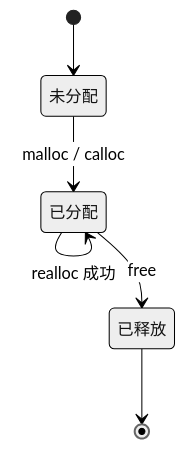
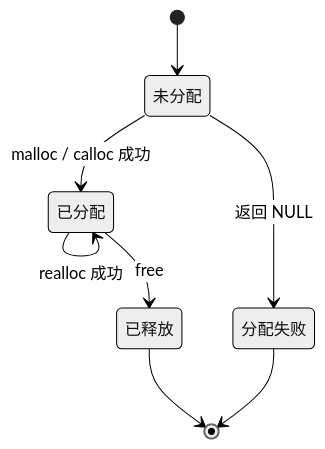
One commit to shanchuann/TheGitbookLibrary changed the diagram in C语言圣经/dynamic-memory.md. Above: the diagram before and after it, drawn with Mermaid (neutral theme). The commit also changed other lines of this file, not shown here.

````diff
--- a/C语言圣经/dynamic-memory.md
+++ b/C语言圣经/dynamic-memory.md
@@ -29,8 +94,10 @@
 ```mermaid
 stateDiagram-v2
     [*] --> 未分配
-    未分配 --> 已分配: malloc / calloc
+    未分配 --> 已分配: malloc / calloc 成功
     已分配 --> 已分配: realloc 成功
     已分配 --> 已释放: free
     已释放 --> [*]
+    未分配 --> 分配失败: 返回 NULL
+    分配失败 --> [*]
 ```
````
